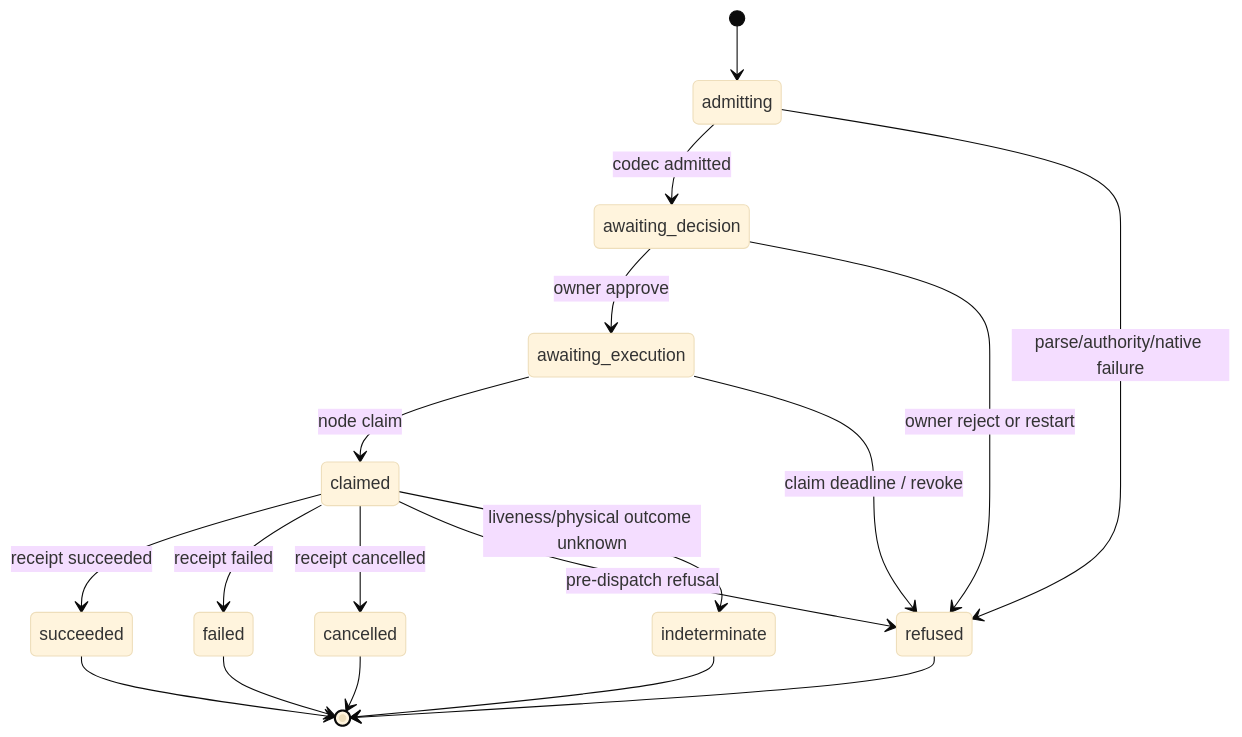
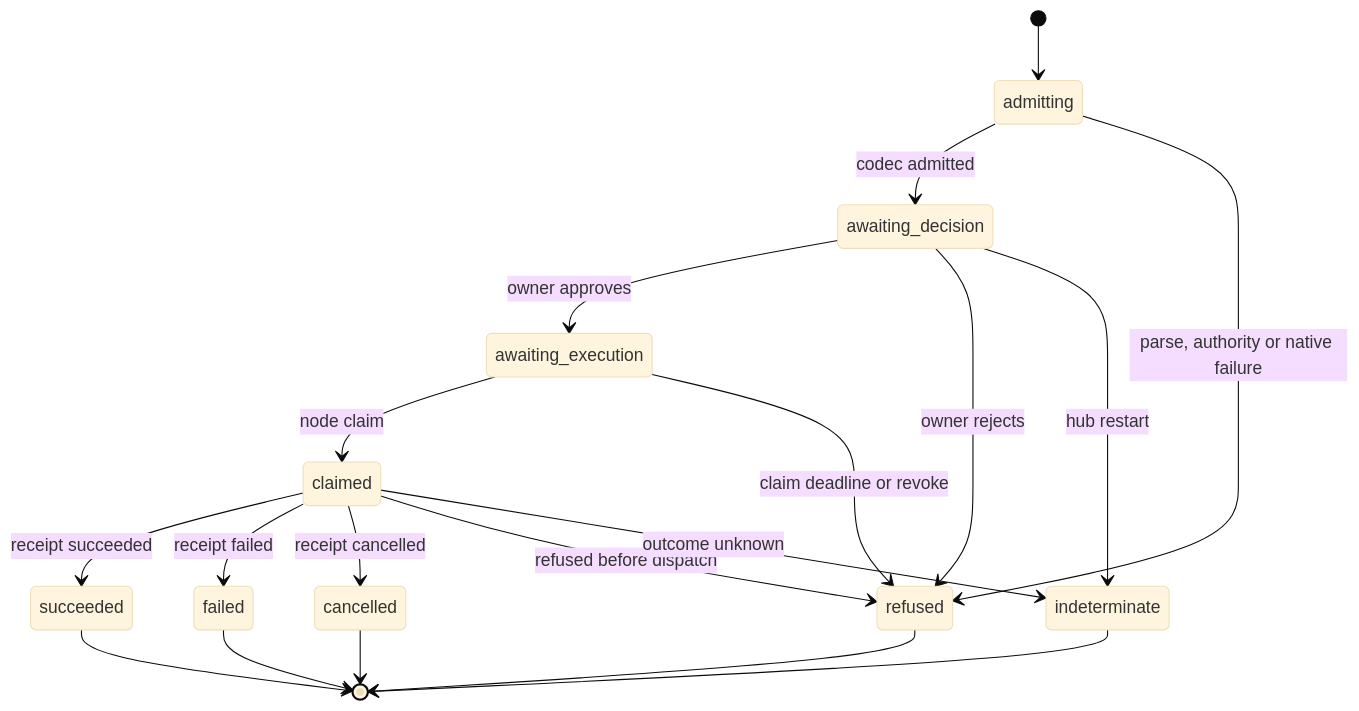
One commit to karolswdev/HoldSpeak changed the second of 2 diagrams in docs/KERNEL.md. Above: the diagram before and after it, drawn with Mermaid (base theme). The commit also changed other lines of this file and 66 other files, not shown here.

````diff
--- a/docs/KERNEL.md
+++ b/docs/KERNEL.md
@@ -128,20 +87,21 @@
 ```mermaid
 stateDiagram-v2
   [*] --> admitting
   admitting --> awaiting_decision: codec admitted
-  admitting --> refused: parse/authority/native failure
-  awaiting_decision --> awaiting_execution: owner approve
-  awaiting_decision --> refused: owner reject or restart
+  admitting --> refused: parse, authority or native failure
+  awaiting_decision --> awaiting_execution: owner approves
+  awaiting_decision --> refused: owner rejects
+  awaiting_decision --> indeterminate: hub restart
   awaiting_execution --> claimed: node claim
-  awaiting_execution --> refused: claim deadline / revoke
+  awaiting_execution --> refused: claim deadline or revoke
   claimed --> succeeded: receipt succeeded
   claimed --> failed: receipt failed
   claimed --> cancelled: receipt cancelled
-  claimed --> refused: pre-dispatch refusal
-  claimed --> indeterminate: liveness/physical outcome unknown
+  claimed --> refused: refused before dispatch
+  claimed --> indeterminate: outcome unknown
   succeeded --> [*]
   failed --> [*]
   refused --> [*]
   cancelled --> [*]
   indeterminate --> [*]
 ```
````
